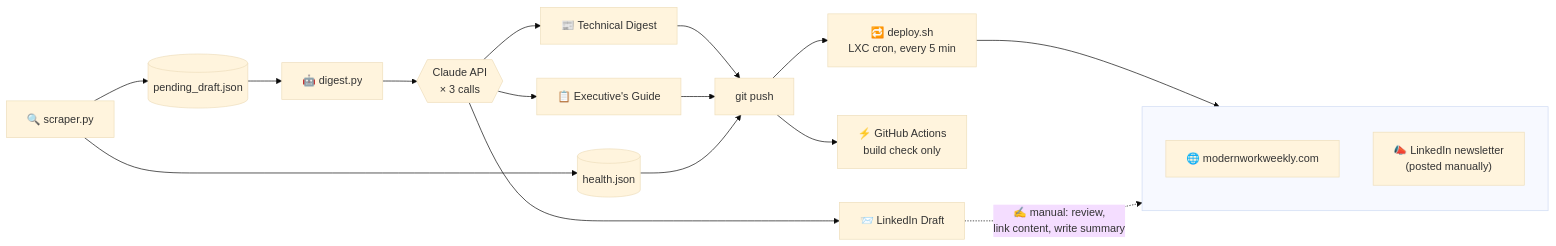
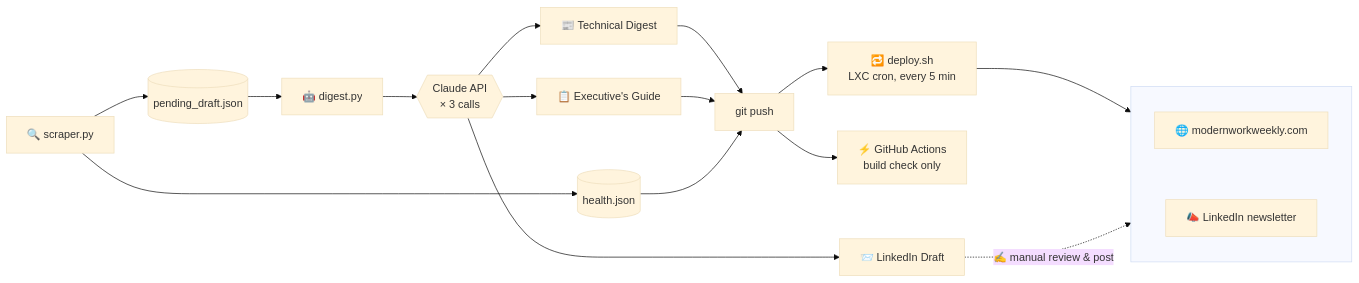
One commit to TwitchSTL/modern-work-weekly changed the diagram in README.md. Above: the diagram before and after it, drawn with Mermaid (base theme).

Commit message:
Fix How It Works diagram: force LinkedIn newsletter node to stack under modernworkweekly.com, shorten manual-step label

````diff
--- a/README.md
+++ b/README.md
@@ -38,24 +38,24 @@
 ```mermaid
 flowchart LR
     A["🔍 scraper.py"] --> B[("pending_draft.json")]
     A --> C[("health.json")]
     B --> D["🤖 digest.py"]
     D --> E{{"Claude API\n× 3 calls"}}
     E --> F["📰 Technical Digest"]
     E --> G["📋 Executive's Guide"]
     E --> L["📨 LinkedIn Draft"]
     F --> H["git push"]
     G --> H
     C --> H
     H --> I["⚡ GitHub Actions\nbuild check only"]
     H --> K["🔁 deploy.sh\nLXC cron, every 5 min"]
 
     subgraph Published [" "]
         direction TB
         J["🌐 modernworkweekly.com"]
-        M["📣 LinkedIn newsletter\n(posted manually)"]
+        J ~~~ M["📣 LinkedIn newsletter"]
     end
 
     K --> J
-    L -.->|"✍️ manual: review,\nlink content, write summary"| M
+    L -.->|"✍️ manual review & post"| M
 ```
````
